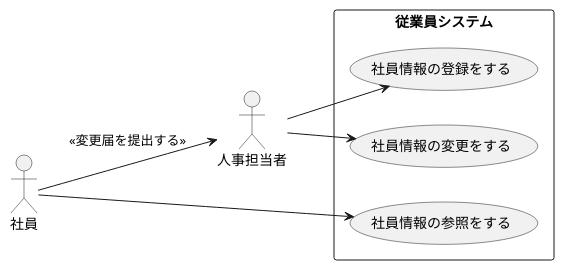
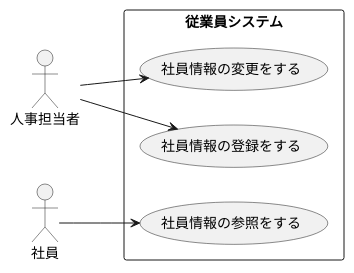
One commit to yoshidasen/uml-introduction changed the diagram in 演習2-6_盛岡システム_従業員登録システム.pu. Above: the diagram before and after it, drawn with PlantUML.

Commit message:
演習2-6　変更

```diff
--- a/演習2-6_盛岡システム_従業員登録システム.pu
+++ b/演習2-6_盛岡システム_従業員登録システム.pu
@@ -1,18 +1,15 @@
 @startuml 従業員登録システム
     left to right direction
     actor 人事担当者 as A1
     actor 社員 as A2
 
     rectangle 従業員システム {
         usecase 社員情報の登録をする as U1
         usecase 社員情報の参照をする as U2
         usecase 社員情報の変更をする as U3
     }
 
     A1 --> U1
     A2 --> U2
-    A2 --> A1 : <<変更届を提出する>>
     A1 --> U3
-    
-
 @enduml
```
